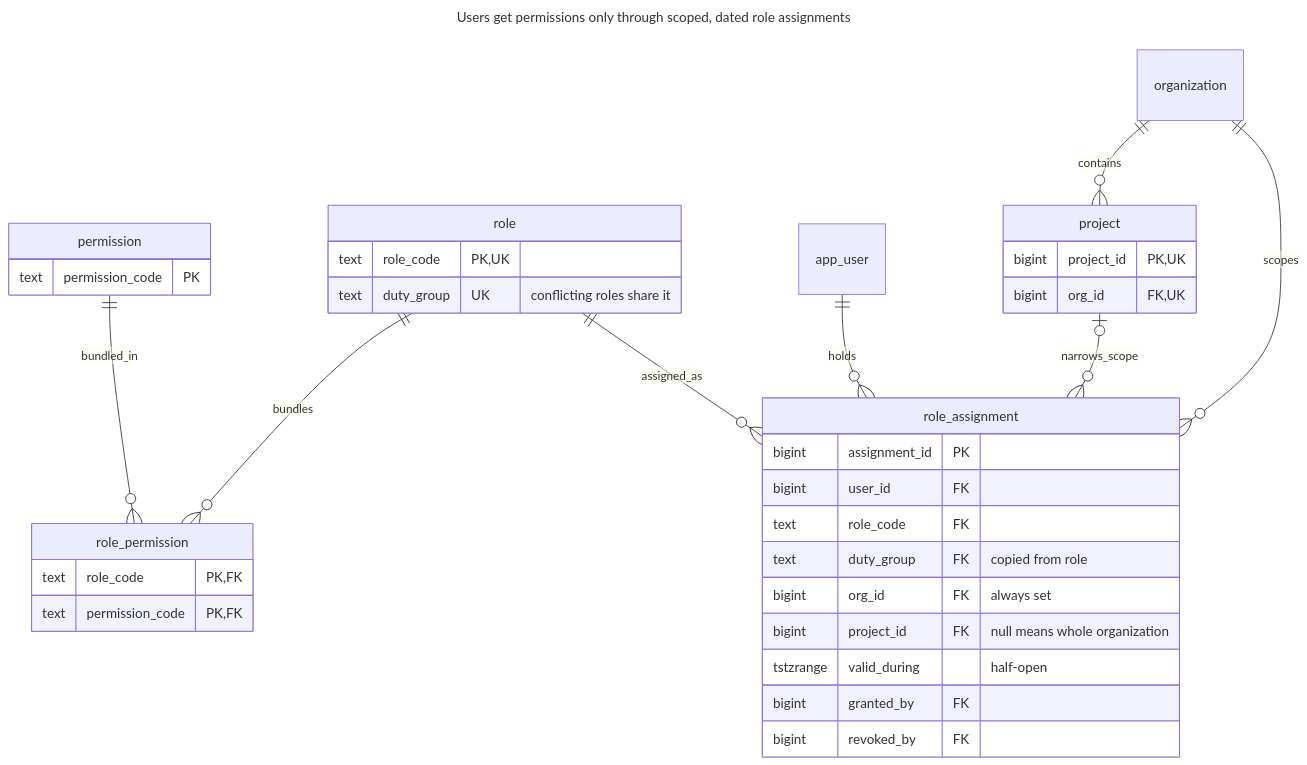
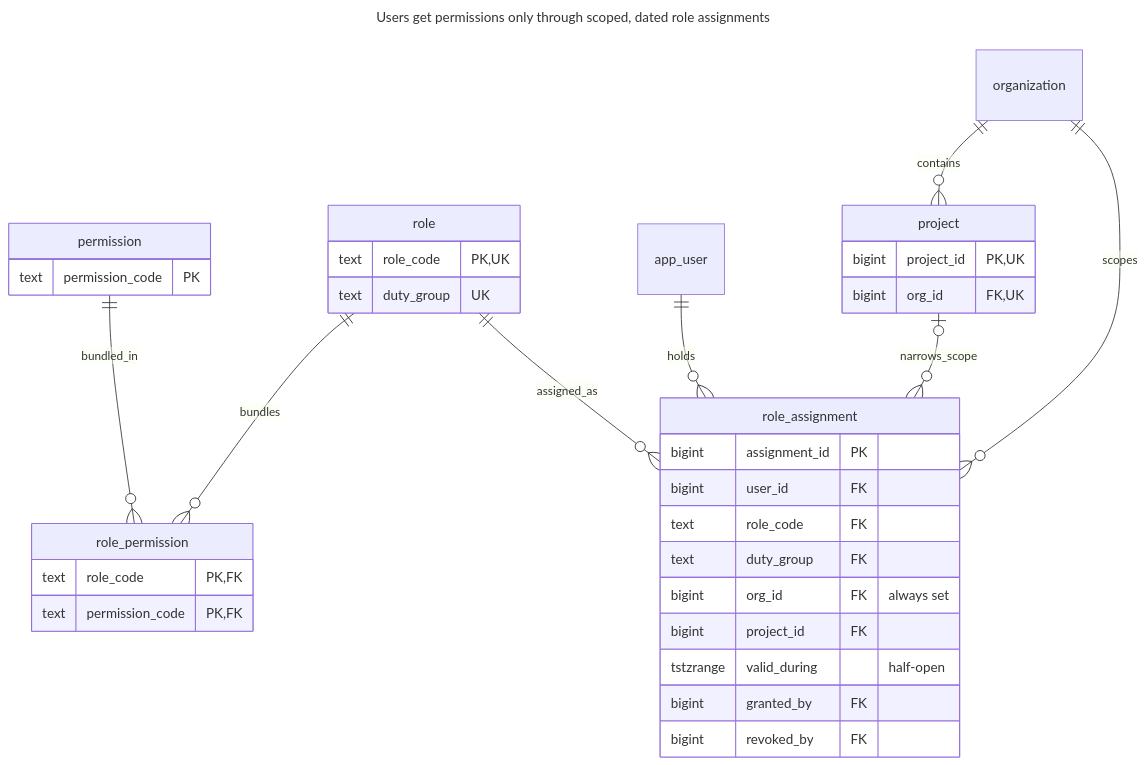
The second of 5 diagrams in book/en/permission-grant.md (mokevnin/database-design-patterns), drawn with Mermaid before and after one commit. The commit also changed 7 other files, not shown here.

First line of the commit message:
fix: make new chapter diagrams render and fit the column (#28)

````diff
--- a/book/en/permission-grant.md
+++ b/book/en/permission-grant.md
@@ -66,43 +66,43 @@
 ```mermaid
 ---
 title: Users get permissions only through scoped, dated role assignments
 ---
 erDiagram
     direction TB
     permission ||--o{ role_permission : bundled_in
     role ||--o{ role_permission : bundles
     role ||--o{ role_assignment : assigned_as
     app_user ||--o{ role_assignment : holds
     organization ||--o{ project : contains
     organization ||--o{ role_assignment : scopes
     project |o--o{ role_assignment : narrows_scope
     permission {
         text permission_code PK
     }
     role {
         text role_code PK, UK
-        text duty_group UK "conflicting roles share it"
+        text duty_group UK
     }
     role_permission {
         text role_code PK, FK
         text permission_code PK, FK
     }
     role_assignment {
         bigint assignment_id PK
         bigint user_id FK
         text role_code FK
-        text duty_group FK "copied from role"
+        text duty_group FK
         bigint org_id FK "always set"
-        bigint project_id FK "null means whole organization"
+        bigint project_id FK
         tstzrange valid_during "half-open"
         bigint granted_by FK
         bigint revoked_by FK
     }
     project {
         bigint project_id PK, UK
         bigint org_id FK, UK
     }
     class role_assignment accent
     class role,role_permission accent
     class organization,project,app_user,permission muted
 ```
````
